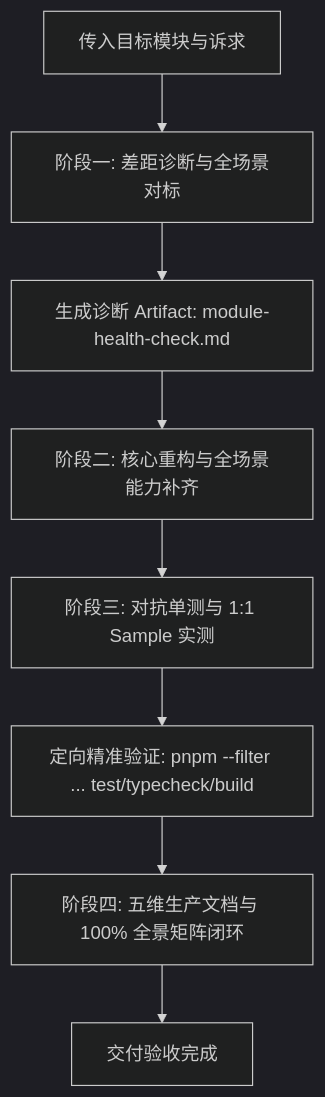
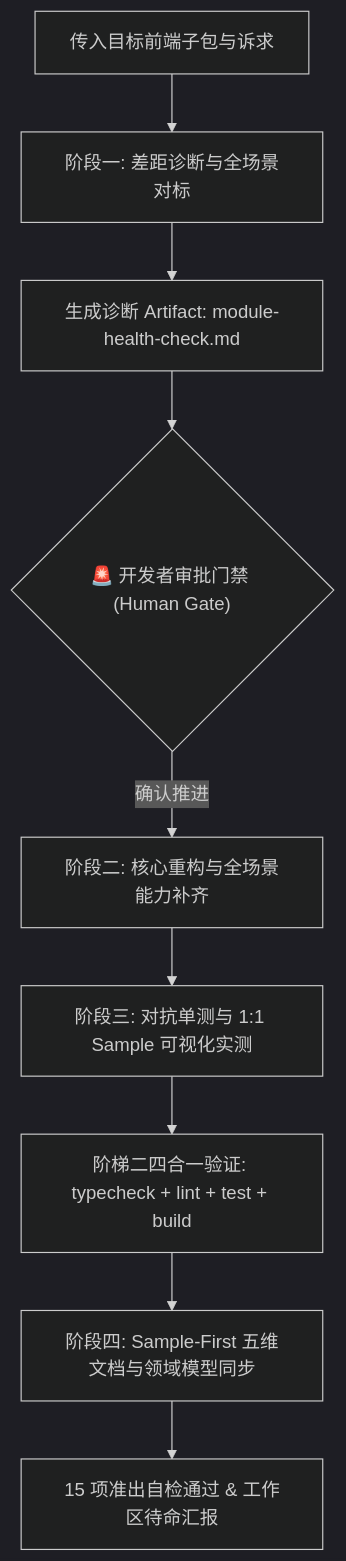
The diagram in docs/agents/module-hardening-and-expansion.md (atengk/ateng-ui), drawn with Mermaid (dark theme) before and after one commit. The commit also changed other lines of this file and 11 other files, not shown here.

````diff
--- a/docs/agents/module-hardening-and-expansion.md
+++ b/docs/agents/module-hardening-and-expansion.md
@@ -57,10 +23,11 @@
 ```mermaid
 flowchart TD
-    A["传入目标模块与诉求"] --> B["阶段一: 差距诊断与全场景对标"]
+    A["传入目标前端子包与诉求"] --> B["阶段一: 差距诊断与全场景对标"]
     B --> C["生成诊断 Artifact: module-health-check.md"]
-    C --> D["阶段二: 核心重构与全场景能力补齐"]
-    D --> E["阶段三: 对抗单测与 1:1 Sample 实测"]
-    E --> F["定向精准验证: pnpm --filter ... test/typecheck/build"]
-    F --> G["阶段四: 五维生产文档与 100% 全景矩阵闭环"]
-    G --> H["交付验收完成"]
+    C --> D{"🚨 开发者审批门禁 (Human Gate)"}
+    D -- "确认推进" --> E["阶段二: 核心重构与全场景能力补齐"]
+    E --> F["阶段三: 对抗单测与 1:1 Sample 可视化实测"]
+    F --> G["阶梯二四合一验证: typecheck + lint + test + build"]
+    G --> H["阶段四: Sample-First 五维文档与领域模型同步"]
+    H --> I["15 项准出自检通过 & 工作区待命汇报"]
 ```
````
